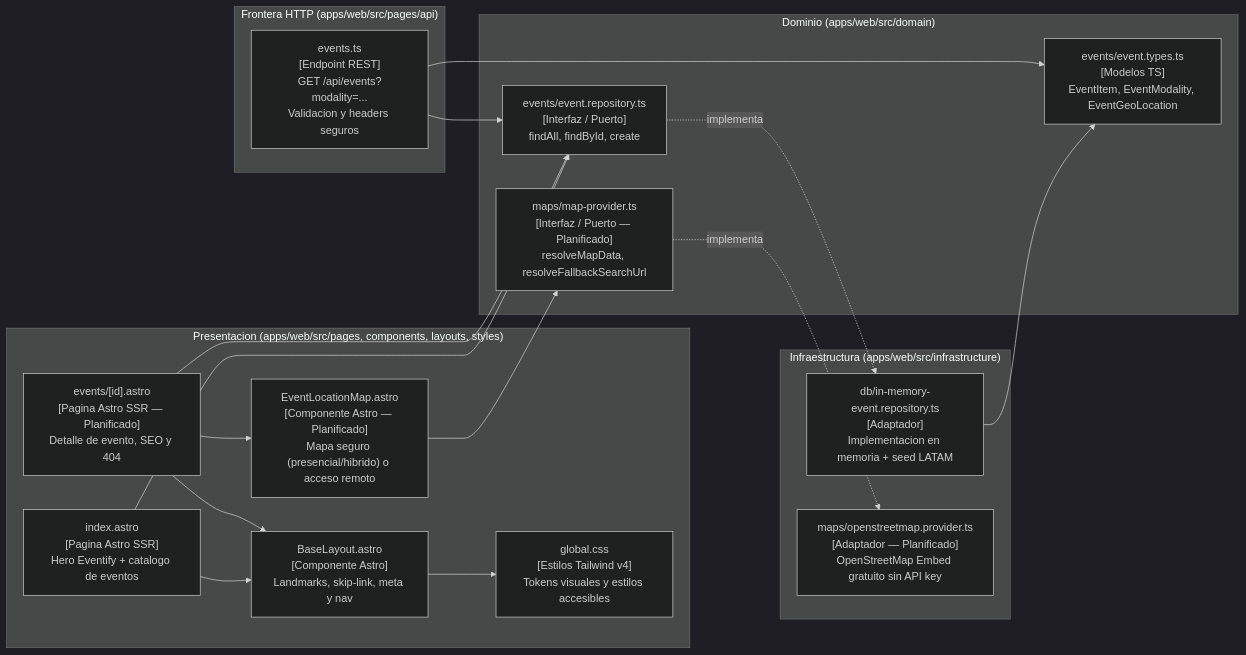
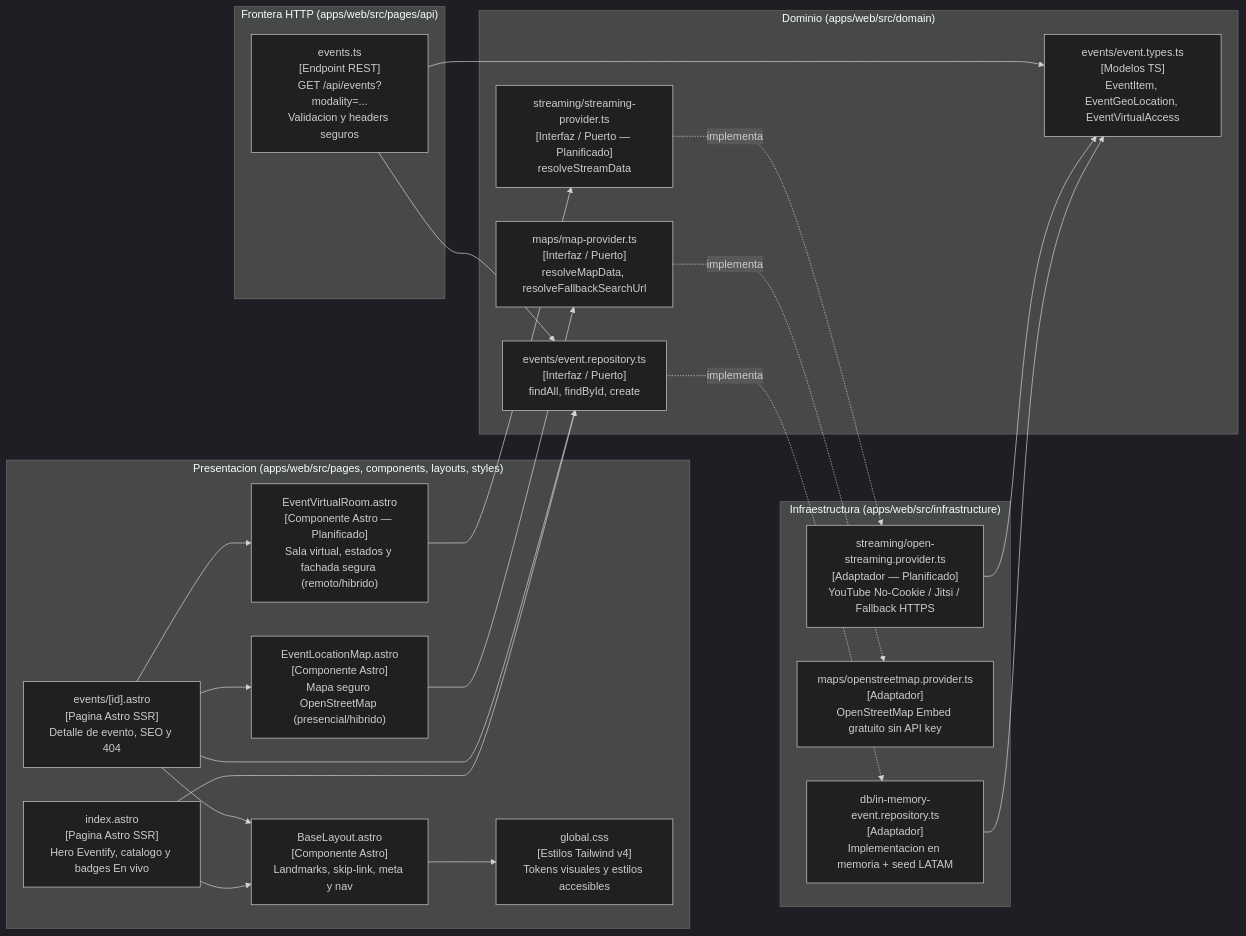
One commit to dezkareid/eventify changed the third of 3 diagrams in docs/architecture/c4-model.md. Above: the diagram before and after it, drawn with Mermaid (dark theme). The commit also changed other lines of this file and 13 other files, not shown here.

Commit message:
feat(web): add virtual event room with portable StreamingProvider and facade embed

````diff
--- a/docs/architecture/c4-model.md
+++ b/docs/architecture/c4-model.md
@@ -77,38 +77,45 @@
 ```mermaid
 flowchart LR
     subgraph Presentation["Presentacion (apps/web/src/pages, components, layouts, styles)"]
         BaseLayout["BaseLayout.astro\n[Componente Astro]\nLandmarks, skip-link, meta y nav"]
-        HomePage["index.astro\n[Pagina Astro SSR]\nHero Eventify + catalogo de eventos"]
-        DetailPage["events/[id].astro\n[Pagina Astro SSR — Planificado]\nDetalle de evento, SEO y 404"]
-        LocationMap["EventLocationMap.astro\n[Componente Astro — Planificado]\nMapa seguro (presencial/hibrido) o acceso remoto"]
+        HomePage["index.astro\n[Pagina Astro SSR]\nHero Eventify, catalogo y badges En vivo"]
+        DetailPage["events/[id].astro\n[Pagina Astro SSR]\nDetalle de evento, SEO y 404"]
+        LocationMap["EventLocationMap.astro\n[Componente Astro]\nMapa seguro OpenStreetMap (presencial/hibrido)"]
+        VirtualRoom["EventVirtualRoom.astro\n[Componente Astro — Planificado]\nSala virtual, estados y fachada segura (remoto/hibrido)"]
         GlobalCSS["global.css\n[Estilos Tailwind v4]\nTokens visuales y estilos accesibles"]
     end
 
     subgraph Api["Frontera HTTP (apps/web/src/pages/api)"]
         EventsAPI["events.ts\n[Endpoint REST]\nGET /api/events?modality=...\nValidacion y headers seguros"]
     end
 
     subgraph Domain["Dominio (apps/web/src/domain)"]
-        EventTypes["events/event.types.ts\n[Modelos TS]\nEventItem, EventModality, EventGeoLocation"]
+        EventTypes["events/event.types.ts\n[Modelos TS]\nEventItem, EventGeoLocation, EventVirtualAccess"]
         EventRepo["events/event.repository.ts\n[Interfaz / Puerto]\nfindAll, findById, create"]
-        MapProviderPort["maps/map-provider.ts\n[Interfaz / Puerto — Planificado]\nresolveMapData, resolveFallbackSearchUrl"]
+        MapProviderPort["maps/map-provider.ts\n[Interfaz / Puerto]\nresolveMapData, resolveFallbackSearchUrl"]
+        StreamingProviderPort["streaming/streaming-provider.ts\n[Interfaz / Puerto — Planificado]\nresolveStreamData"]
     end
 
     subgraph Infrastructure["Infraestructura (apps/web/src/infrastructure)"]
         InMemoryRepo["db/in-memory-event.repository.ts\n[Adaptador]\nImplementacion en memoria + seed LATAM"]
-        MapProviders["maps/openstreetmap.provider.ts\n[Adaptador — Planificado]\nOpenStreetMap Embed gratuito sin API key"]
+        MapProviders["maps/openstreetmap.provider.ts\n[Adaptador]\nOpenStreetMap Embed gratuito sin API key"]
+        StreamingProviders["streaming/open-streaming.provider.ts\n[Adaptador — Planificado]\nYouTube No-Cookie / Jitsi / Fallback HTTPS"]
     end
 
     HomePage --> BaseLayout
     DetailPage --> BaseLayout
     DetailPage --> LocationMap
+    DetailPage --> VirtualRoom
     BaseLayout --> GlobalCSS
     HomePage --> EventRepo
     DetailPage --> EventRepo
     LocationMap --> MapProviderPort
+    VirtualRoom --> StreamingProviderPort
     EventsAPI --> EventRepo
     EventRepo -. "implementa" .-> InMemoryRepo
     MapProviderPort -. "implementa" .-> MapProviders
+    StreamingProviderPort -. "implementa" .-> StreamingProviders
     InMemoryRepo --> EventTypes
+    StreamingProviders --> EventTypes
     EventsAPI --> EventTypes
 ```
````
